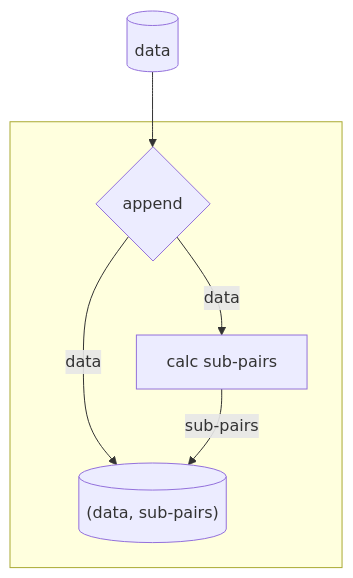
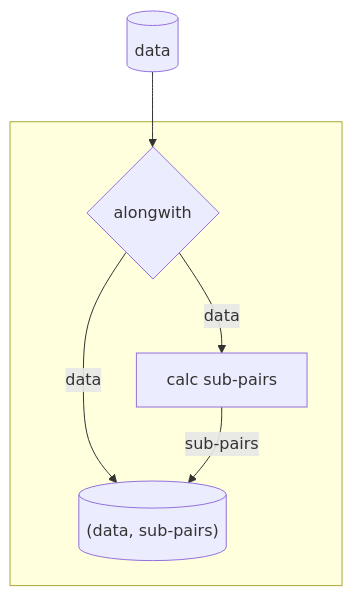
One commit to ejolly/py-utilz changed the third of 11 diagrams in docs/pipes.md. Above: the diagram before and after it, drawn with Mermaid. The commit also changed other lines of this file, not shown here.

````diff
--- a/docs/pipes.md
+++ b/docs/pipes.md
@@ -78,8 +78,8 @@
 ```mermaid
 graph TD
-  df[(data)]-->append{append}
+  df[(data)]-->alongwith{alongwith}
   subgraph  
-  append-- data -->df2[("(data, sub-pairs)")]
-  append-- data -->lambda[calc sub-pairs]-- sub-pairs -->df2
+  alongwith-- data -->df2[("(data, sub-pairs)")]
+  alongwith-- data -->lambda[calc sub-pairs]-- sub-pairs -->df2
   end
 ```
````
